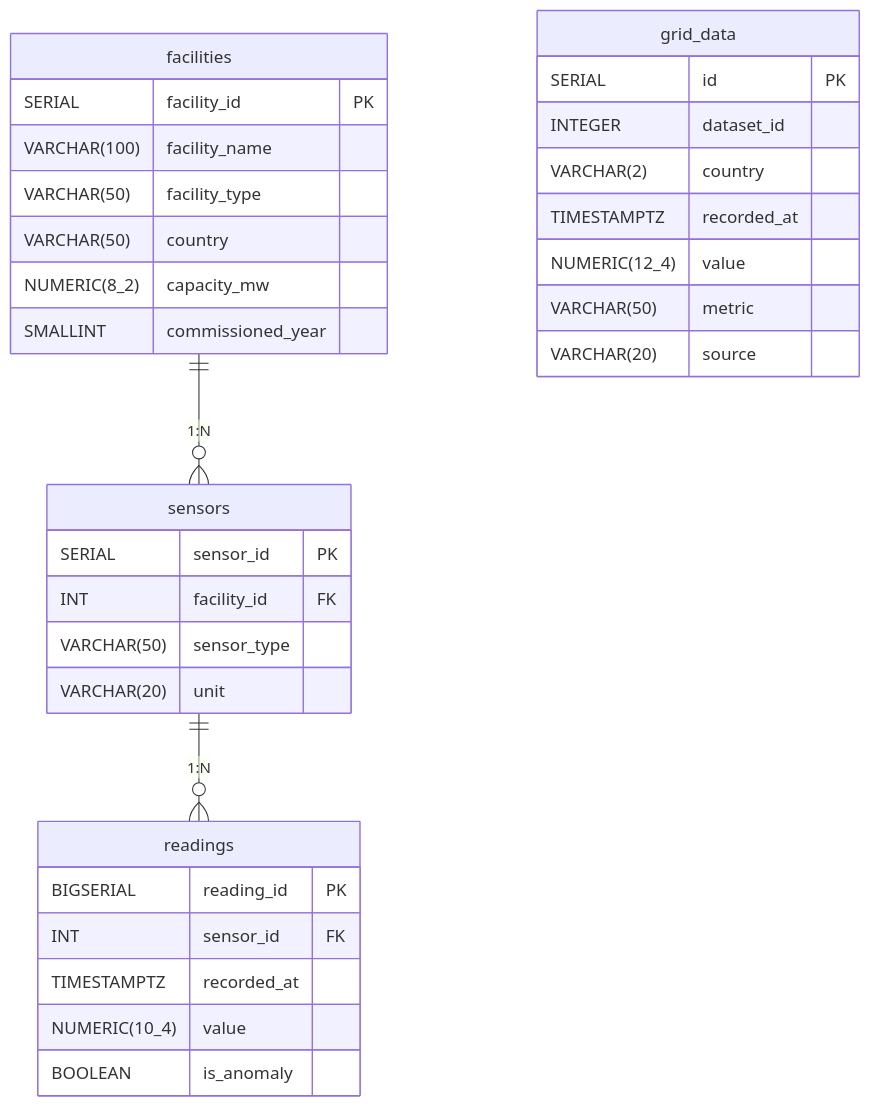
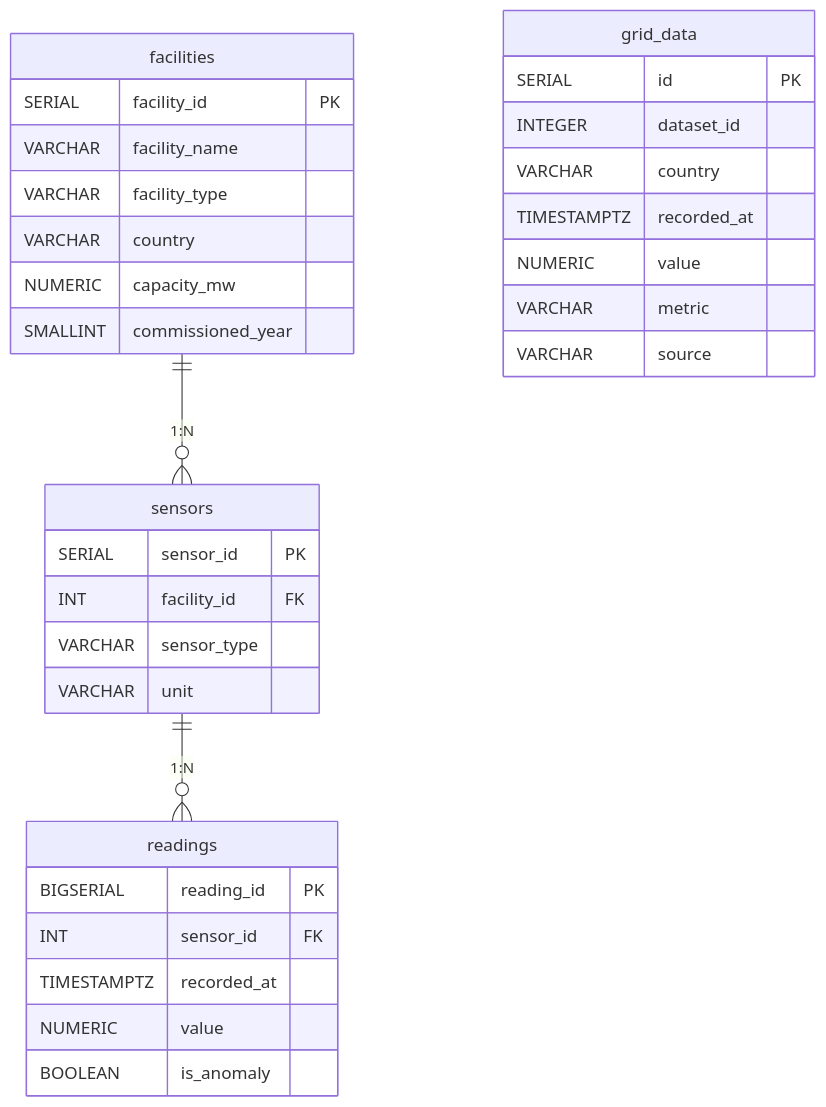
Before and after one commit to miladgk/energy-grid-sql-pipeline: the diagram in README.md, drawn with Mermaid. The commit also changed other lines of this file, not shown here.

Commit message:
Fix README image/doc paths to be relative, fix ERD syntax for clean GitHub rendering, and remove commit sequence section

````diff
--- a/README.md
+++ b/README.md
@@ -50,36 +50,36 @@
 ```mermaid
 erDiagram
     facilities ||--o{ sensors : "1:N"
     sensors ||--o{ readings : "1:N"
 
     facilities {
         SERIAL facility_id PK
-        VARCHAR(100) facility_name
-        VARCHAR(50) facility_type
-        VARCHAR(50) country
-        NUMERIC(8_2) capacity_mw
+        VARCHAR facility_name
+        VARCHAR facility_type
+        VARCHAR country
+        NUMERIC capacity_mw
         SMALLINT commissioned_year
     }
     sensors {
         SERIAL sensor_id PK
         INT facility_id FK
-        VARCHAR(50) sensor_type
-        VARCHAR(20) unit
+        VARCHAR sensor_type
+        VARCHAR unit
     }
     readings {
         BIGSERIAL reading_id PK
         INT sensor_id FK
         TIMESTAMPTZ recorded_at
-        NUMERIC(10_4) value
+        NUMERIC value
         BOOLEAN is_anomaly
     }
     grid_data {
         SERIAL id PK
         INTEGER dataset_id
-        VARCHAR(2) country
+        VARCHAR country
         TIMESTAMPTZ recorded_at
-        NUMERIC(12_4) value
-        VARCHAR(50) metric
-        VARCHAR(20) source
+        NUMERIC value
+        VARCHAR metric
+        VARCHAR source
     }
 ```
````
